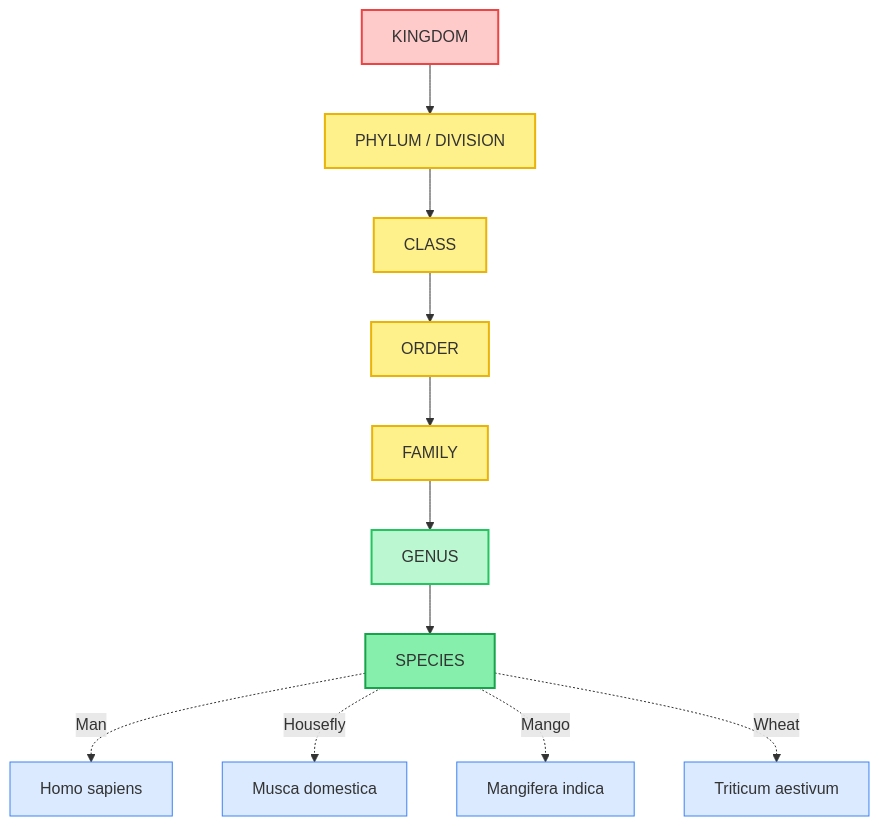
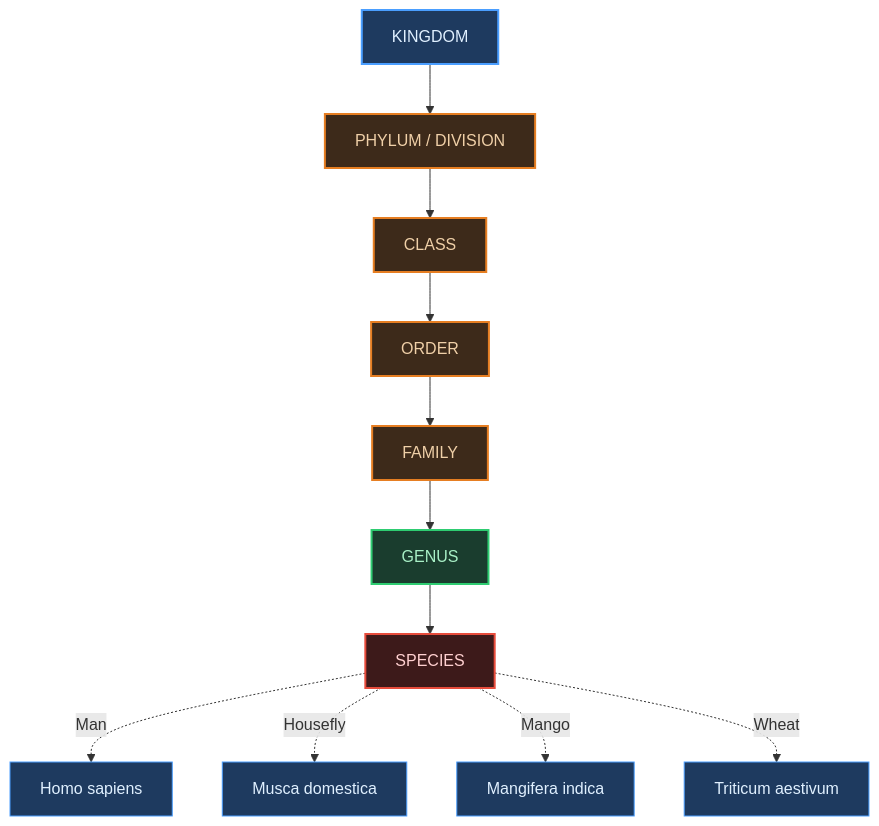
Before and after one commit to fsr-science/NoteBooks-Science-Legacy: the first of 2 diagrams in AI-NOTES/BIOLOGY/BIOLOGY01-THE_LIVING_WORLD/BIOLOGY01-THE_LIVING_WORLD-REVISION_MINDMAPS.md, drawn with Mermaid. The commit also changed other lines of this file and 3 other files, not shown here.

````diff
--- a/AI-NOTES/BIOLOGY/BIOLOGY01-THE_LIVING_WORLD/BIOLOGY01-THE_LIVING_WORLD-REVISION_MINDMAPS.md
+++ b/AI-NOTES/BIOLOGY/BIOLOGY01-THE_LIVING_WORLD/BIOLOGY01-THE_LIVING_WORLD-REVISION_MINDMAPS.md
@@ -44,26 +45,26 @@
 ```mermaid
 graph TD
     Kingdom["KINGDOM"] --> PhylumDiv["PHYLUM / DIVISION"]
     PhylumDiv --> Class["CLASS"]
     Class --> Order["ORDER"]
     Order --> Family["FAMILY"]
     Family --> Genus["GENUS"]
     Genus --> Species["SPECIES"]
 
     Species -.->|"Man"| ManEx["Homo sapiens"]
     Species -.->|"Housefly"| FlyEx["Musca domestica"]
     Species -.->|"Mango"| MangoEx["Mangifera indica"]
     Species -.->|"Wheat"| WheatEx["Triticum aestivum"]
 
-    style Kingdom fill:#fecaca,stroke:#ef4444,stroke-width:2px
-    style PhylumDiv fill:#fef08a,stroke:#eab308,stroke-width:2px
-    style Class fill:#fef08a,stroke:#eab308,stroke-width:2px
-    style Order fill:#fef08a,stroke:#eab308,stroke-width:2px
-    style Family fill:#fef08a,stroke:#eab308,stroke-width:2px
-    style Genus fill:#bbf7d0,stroke:#22c55e,stroke-width:2px
-    style Species fill:#86efac,stroke:#16a34a,stroke-width:2px
-    style ManEx fill:#dbeafe,stroke:#3b82f6,stroke-width:1px
-    style FlyEx fill:#dbeafe,stroke:#3b82f6,stroke-width:1px
-    style MangoEx fill:#dbeafe,stroke:#3b82f6,stroke-width:1px
-    style WheatEx fill:#dbeafe,stroke:#3b82f6,stroke-width:1px
+    style Kingdom fill:#1e3a5f,color:#e0f0ff,stroke:#4a9eff,stroke-width:2px
+    style PhylumDiv fill:#3d2a1a,color:#f0d0a8,stroke:#e67e22,stroke-width:2px
+    style Class fill:#3d2a1a,color:#f0d0a8,stroke:#e67e22,stroke-width:2px
+    style Order fill:#3d2a1a,color:#f0d0a8,stroke:#e67e22,stroke-width:2px
+    style Family fill:#3d2a1a,color:#f0d0a8,stroke:#e67e22,stroke-width:2px
+    style Genus fill:#1a3d2e,color:#a8f0c6,stroke:#2ecc71,stroke-width:2px
+    style Species fill:#3d1a1a,color:#ffd0d0,stroke:#e74c3c,stroke-width:2px
+    style ManEx fill:#1e3a5f,color:#e0f0ff,stroke:#4a9eff,stroke-width:1px
+    style FlyEx fill:#1e3a5f,color:#e0f0ff,stroke:#4a9eff,stroke-width:1px
+    style MangoEx fill:#1e3a5f,color:#e0f0ff,stroke:#4a9eff,stroke-width:1px
+    style WheatEx fill:#1e3a5f,color:#e0f0ff,stroke:#4a9eff,stroke-width:1px
 ```
````
